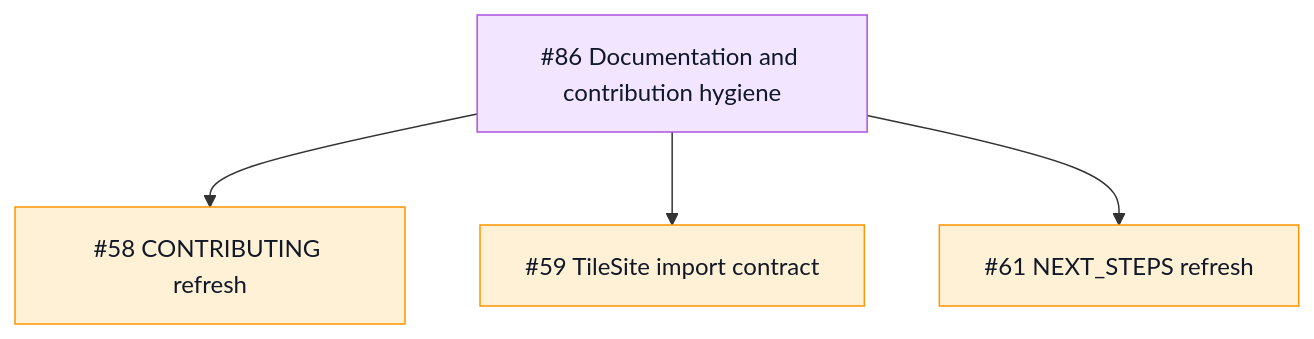
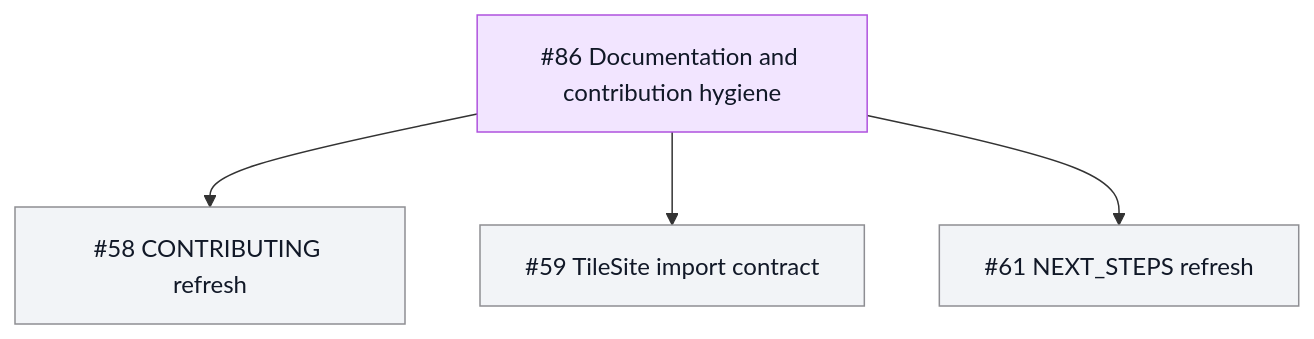
Before and after one commit to TileDown/tile-down: the ninth of 9 diagrams in README.md, drawn with Mermaid. The commit also changed other lines of this file and 1 other file, not shown here.

````diff
--- a/README.md
+++ b/README.md
@@ -169,10 +178,10 @@
 ```mermaid
 flowchart TD
   Epic["#86 Documentation and contribution hygiene"]:::epic
   Epic --> Contributing["#58 CONTRIBUTING refresh"]:::todo
   Epic --> Imports["#59 TileSite import contract"]:::todo
   Epic --> NextSteps["#61 NEXT_STEPS refresh"]:::todo
 
   classDef epic fill:#f2e5ff,stroke:#af52de,color:#111827
-  classDef todo fill:#fff1d6,stroke:#ff9500,color:#111827
+  classDef todo fill:#f2f4f7,stroke:#8e8e93,color:#111827
 ```
````
